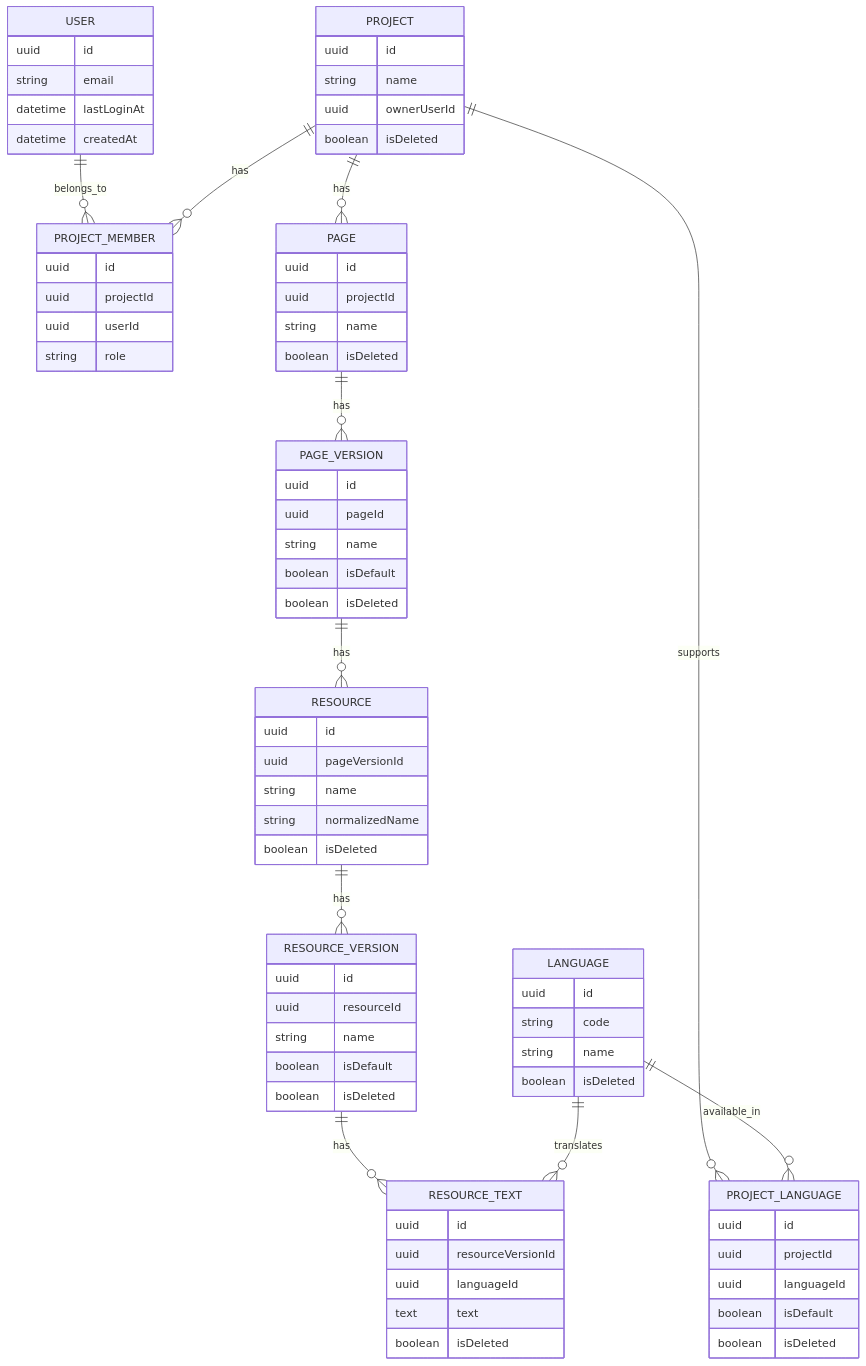
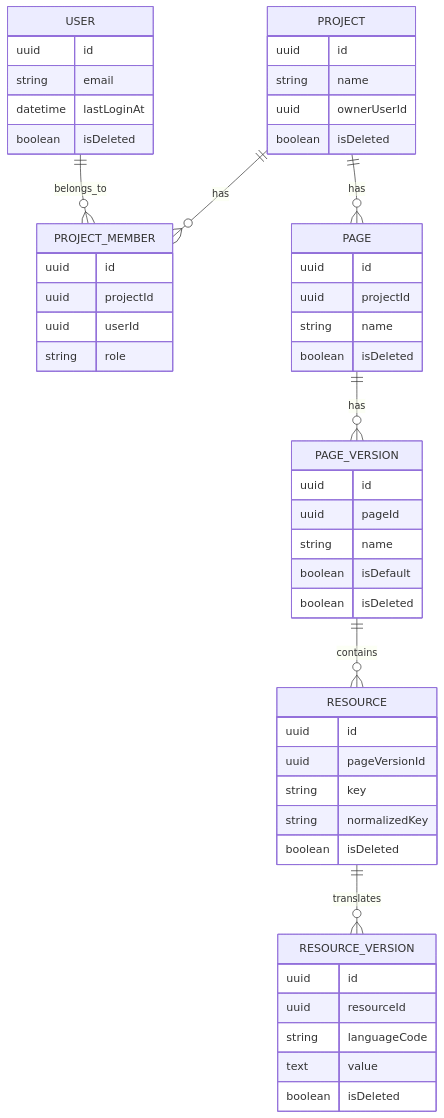
Before and after one commit to mpcmarcos/bigschool-tfm: the diagram in docs/funcional-spec.md, drawn with Mermaid. The commit also changed other lines of this file and 35 other files, not shown here.

````diff
--- a/docs/funcional-spec.md
+++ b/docs/funcional-spec.md
@@ -95,79 +52,55 @@
 ```mermaid
 erDiagram
     USER ||--o{ PROJECT_MEMBER : belongs_to
     PROJECT ||--o{ PROJECT_MEMBER : has
     PROJECT ||--o{ PAGE : has
-    PROJECT ||--o{ PROJECT_LANGUAGE : supports
     PAGE ||--o{ PAGE_VERSION : has
-    PAGE_VERSION ||--o{ RESOURCE : has
-    RESOURCE ||--o{ RESOURCE_VERSION : has
-    RESOURCE_VERSION ||--o{ RESOURCE_TEXT : has
-    LANGUAGE ||--o{ PROJECT_LANGUAGE : available_in
-    LANGUAGE ||--o{ RESOURCE_TEXT : translates
+    PAGE_VERSION ||--o{ RESOURCE : contains
+    RESOURCE ||--o{ RESOURCE_VERSION : translates
 
     USER {
       uuid id
       string email
       datetime lastLoginAt
-      datetime createdAt
+      boolean isDeleted
     }
     PROJECT {
       uuid id
       string name
       uuid ownerUserId
       boolean isDeleted
     }
     PROJECT_MEMBER {
       uuid id
       uuid projectId
       uuid userId
       string role
-    }
-    PROJECT_LANGUAGE {
-      uuid id
-      uuid projectId
-      uuid languageId
-      boolean isDefault
-      boolean isDeleted
     }
     PAGE {
       uuid id
       uuid projectId
       string name
       boolean isDeleted
     }
     PAGE_VERSION {
       uuid id
       uuid pageId
       string name
       boolean isDefault
       boolean isDeleted
     }
     RESOURCE {
       uuid id
       uuid pageVersionId
-      string name
-      string normalizedName
+      string key
+      string normalizedKey
       boolean isDeleted
     }
     RESOURCE_VERSION {
       uuid id
       uuid resourceId
-      string name
-      boolean isDefault
-      boolean isDeleted
-    }
-    LANGUAGE {
-      uuid id
-      string code
-      string name
-      boolean isDeleted
-    }
-    RESOURCE_TEXT {
-      uuid id
-      uuid resourceVersionId
-      uuid languageId
-      text text
+      string languageCode
+      text value
       boolean isDeleted
     }
 ```
````
